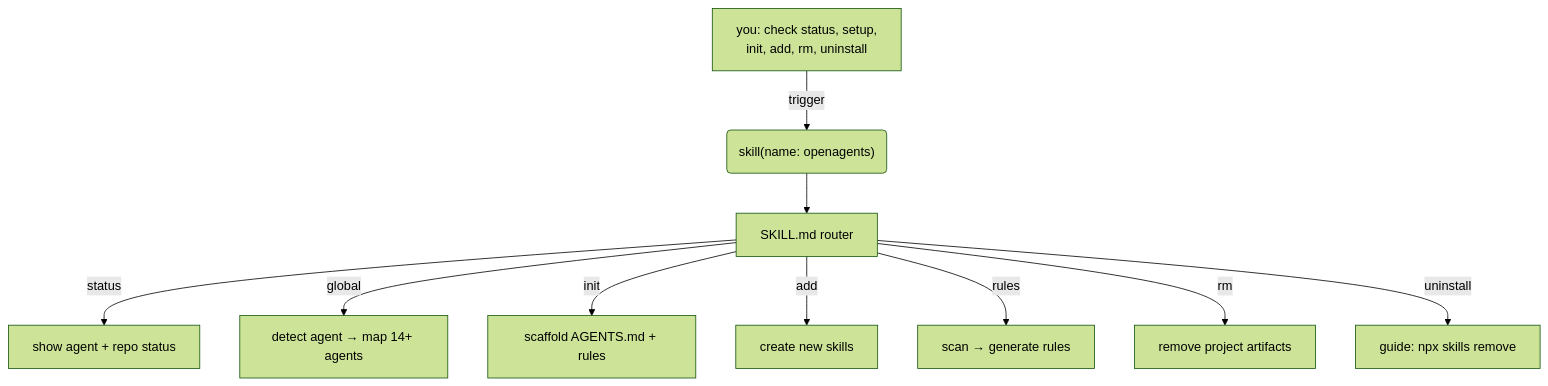
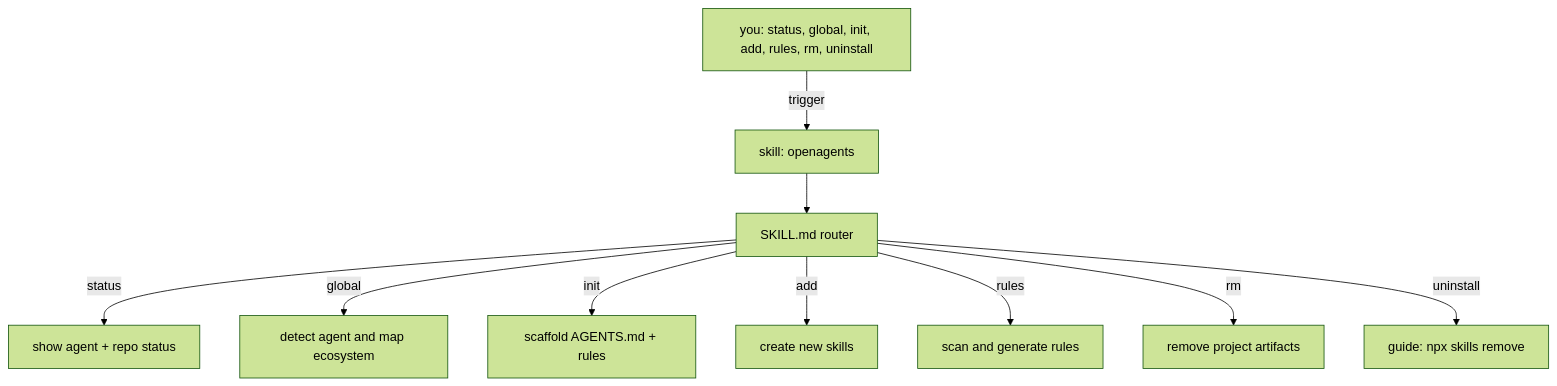
One commit to luismtns/openagents changed the diagram in README.md. Above: the diagram before and after it, drawn with Mermaid (forest theme). The commit also changed 6 other files, not shown here.

Commit message:
fix: correct README mermaid render and unify reference heading convention

````diff
--- a/README.md
+++ b/README.md
@@ -19,14 +19,12 @@
 ```mermaid
 flowchart TD
-    U["you: check status, setup,\ninit, add, rm, uninstall"] -->|trigger| S("skill(name: openagents)")
-
+    U["you: status, global, init, add, rules, rm, uninstall"] -->|trigger| S["skill: openagents"]
     S --> R["SKILL.md router"]
-
     R -->|status| ST["show agent + repo status"]
-    R -->|global| G["detect agent → map 14+ agents"]
+    R -->|global| G["detect agent and map ecosystem"]
     R -->|init| I["scaffold AGENTS.md + rules"]
     R -->|add| A["create new skills"]
-    R -->|rules| RL["scan → generate rules"]
+    R -->|rules| RL["scan and generate rules"]
     R -->|rm| RM["remove project artifacts"]
     R -->|uninstall| UI["guide: npx skills remove"]
 ```
````
